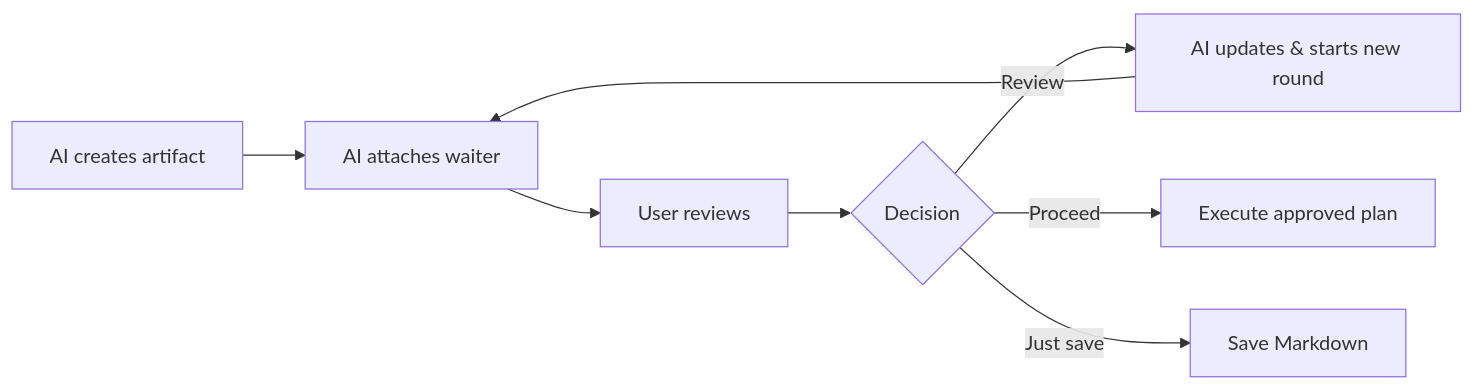
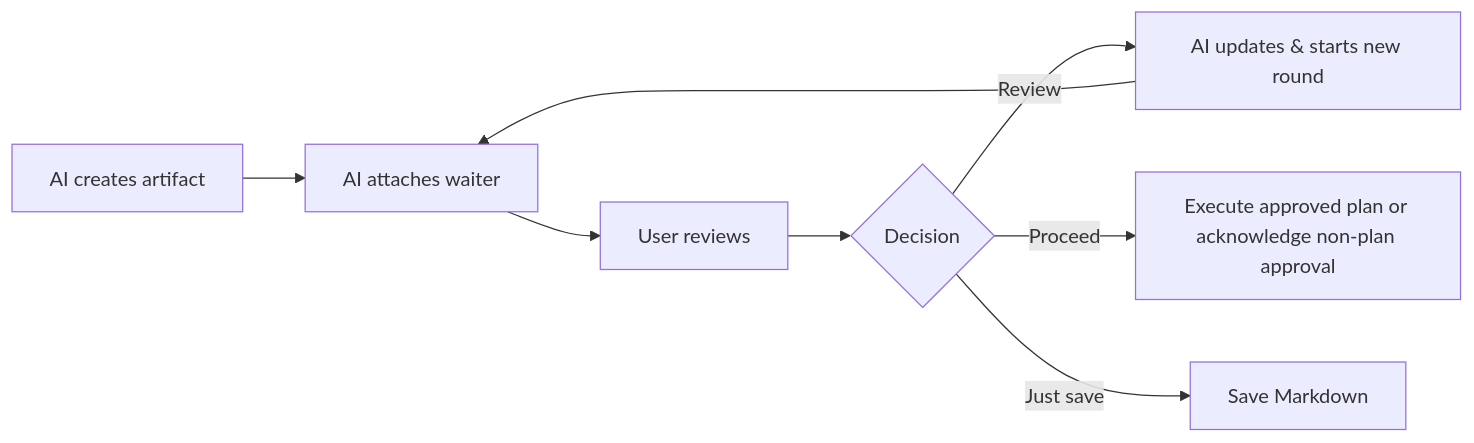
Before and after one commit to huynguyen294/ai-artifacts: the diagram in docs/PHILOSOPHY.md, drawn with Mermaid. The commit also changed other lines of this file and 44 other files, not shown here.

````diff
--- a/docs/PHILOSOPHY.md
+++ b/docs/PHILOSOPHY.md
@@ -21,10 +21,10 @@
 ```mermaid
 flowchart LR
     A[AI creates artifact] --> B[AI attaches waiter]
     B --> C[User reviews]
     C --> D{Decision}
     D -->|Review| E[AI updates & starts new round]
     E --> B
-    D -->|Proceed| F[Execute approved plan]
+    D -->|Proceed| F[Execute approved plan or acknowledge non-plan approval]
     D -->|Just save| G[Save Markdown]
 ```
````
